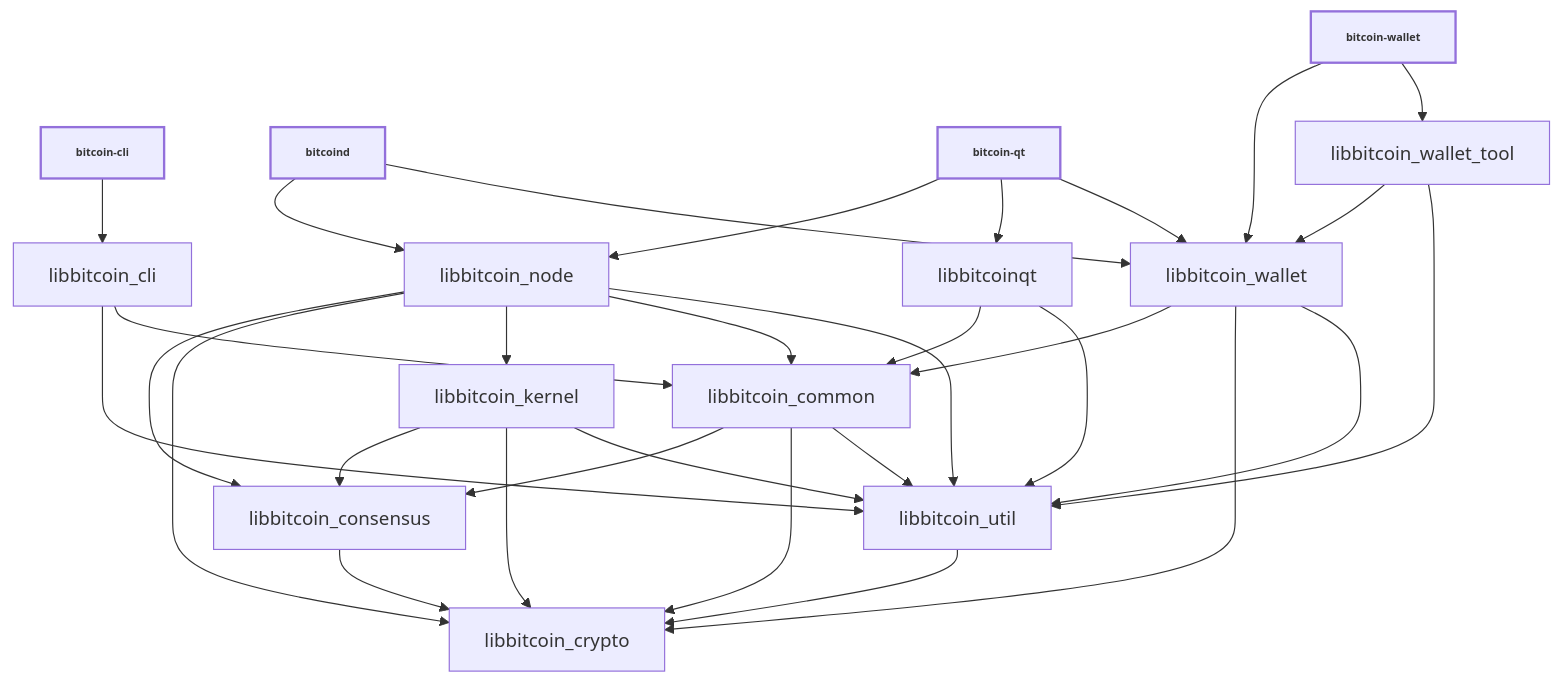
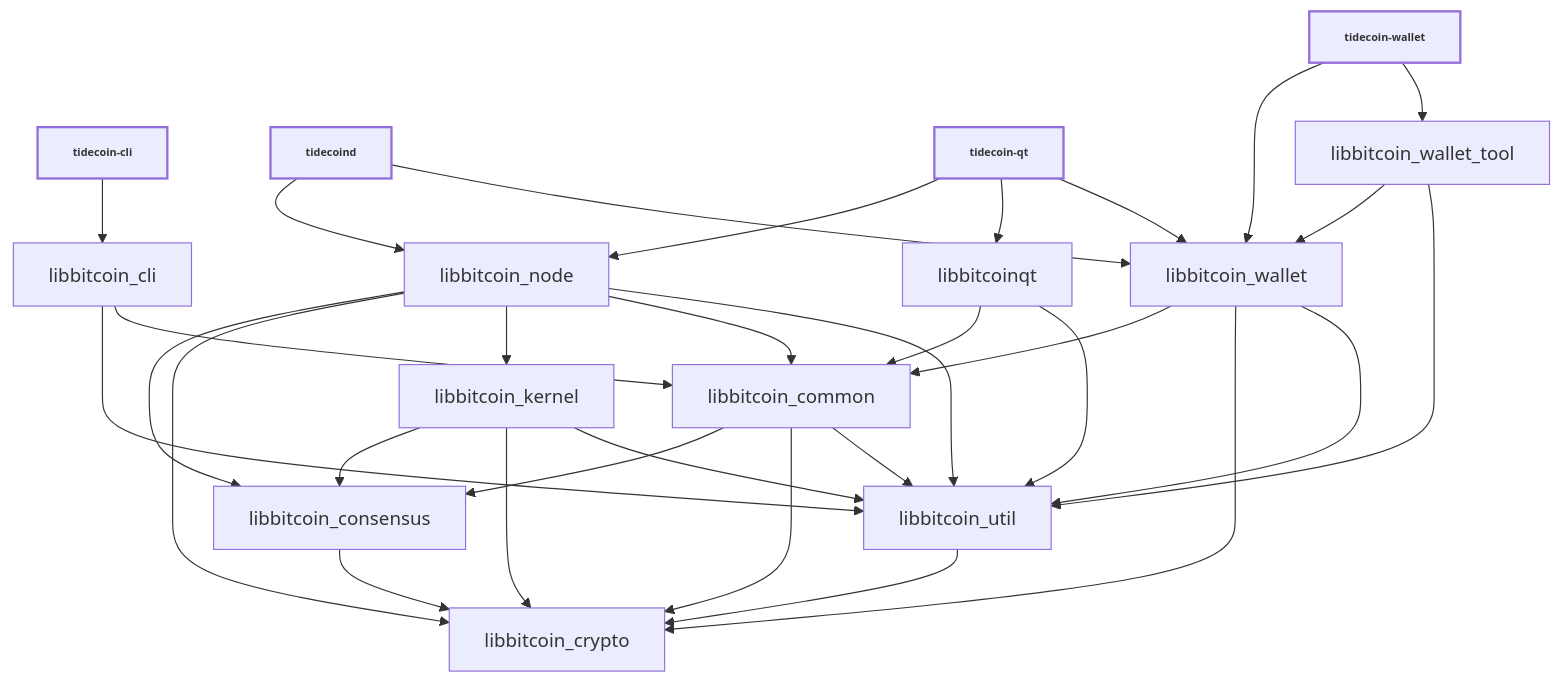
Before and after one commit to yarsawyer/tidecoin: the diagram in doc/design/libraries.md, drawn with Mermaid. The commit also changed other lines of this file and 160 other files, not shown here.

````diff
--- a/doc/design/libraries.md
+++ b/doc/design/libraries.md
@@ -36,52 +36,52 @@
 ```mermaid
 
 %%{ init : { "flowchart" : { "curve" : "basis" }}}%%
 
 graph TD;
 
-bitcoin-cli[bitcoin-cli]-->libbitcoin_cli;
+tidecoin-cli[tidecoin-cli]-->libbitcoin_cli;
 
-bitcoind[bitcoind]-->libbitcoin_node;
-bitcoind[bitcoind]-->libbitcoin_wallet;
+tidecoind[tidecoind]-->libbitcoin_node;
+tidecoind[tidecoind]-->libbitcoin_wallet;
 
-bitcoin-qt[bitcoin-qt]-->libbitcoin_node;
-bitcoin-qt[bitcoin-qt]-->libbitcoinqt;
-bitcoin-qt[bitcoin-qt]-->libbitcoin_wallet;
+tidecoin-qt[tidecoin-qt]-->libbitcoin_node;
+tidecoin-qt[tidecoin-qt]-->libbitcoinqt;
+tidecoin-qt[tidecoin-qt]-->libbitcoin_wallet;
 
-bitcoin-wallet[bitcoin-wallet]-->libbitcoin_wallet;
-bitcoin-wallet[bitcoin-wallet]-->libbitcoin_wallet_tool;
+tidecoin-wallet[tidecoin-wallet]-->libbitcoin_wallet;
+tidecoin-wallet[tidecoin-wallet]-->libbitcoin_wallet_tool;
 
 libbitcoin_cli-->libbitcoin_util;
 libbitcoin_cli-->libbitcoin_common;
 
 libbitcoin_consensus-->libbitcoin_crypto;
 
 libbitcoin_common-->libbitcoin_consensus;
 libbitcoin_common-->libbitcoin_crypto;
 libbitcoin_common-->libbitcoin_util;
 
 libbitcoin_kernel-->libbitcoin_consensus;
 libbitcoin_kernel-->libbitcoin_crypto;
 libbitcoin_kernel-->libbitcoin_util;
 
 libbitcoin_node-->libbitcoin_consensus;
 libbitcoin_node-->libbitcoin_crypto;
 libbitcoin_node-->libbitcoin_kernel;
 libbitcoin_node-->libbitcoin_common;
 libbitcoin_node-->libbitcoin_util;
 
 libbitcoinqt-->libbitcoin_common;
 libbitcoinqt-->libbitcoin_util;
 
 libbitcoin_util-->libbitcoin_crypto;
 
 libbitcoin_wallet-->libbitcoin_common;
 libbitcoin_wallet-->libbitcoin_crypto;
 libbitcoin_wallet-->libbitcoin_util;
 
 libbitcoin_wallet_tool-->libbitcoin_wallet;
 libbitcoin_wallet_tool-->libbitcoin_util;
 
 classDef bold stroke-width:2px, font-weight:bold, font-size: smaller;
-class bitcoin-qt,bitcoind,bitcoin-cli,bitcoin-wallet bold
+class tidecoin-qt,tidecoind,tidecoin-cli,tidecoin-wallet bold
 ```
````
